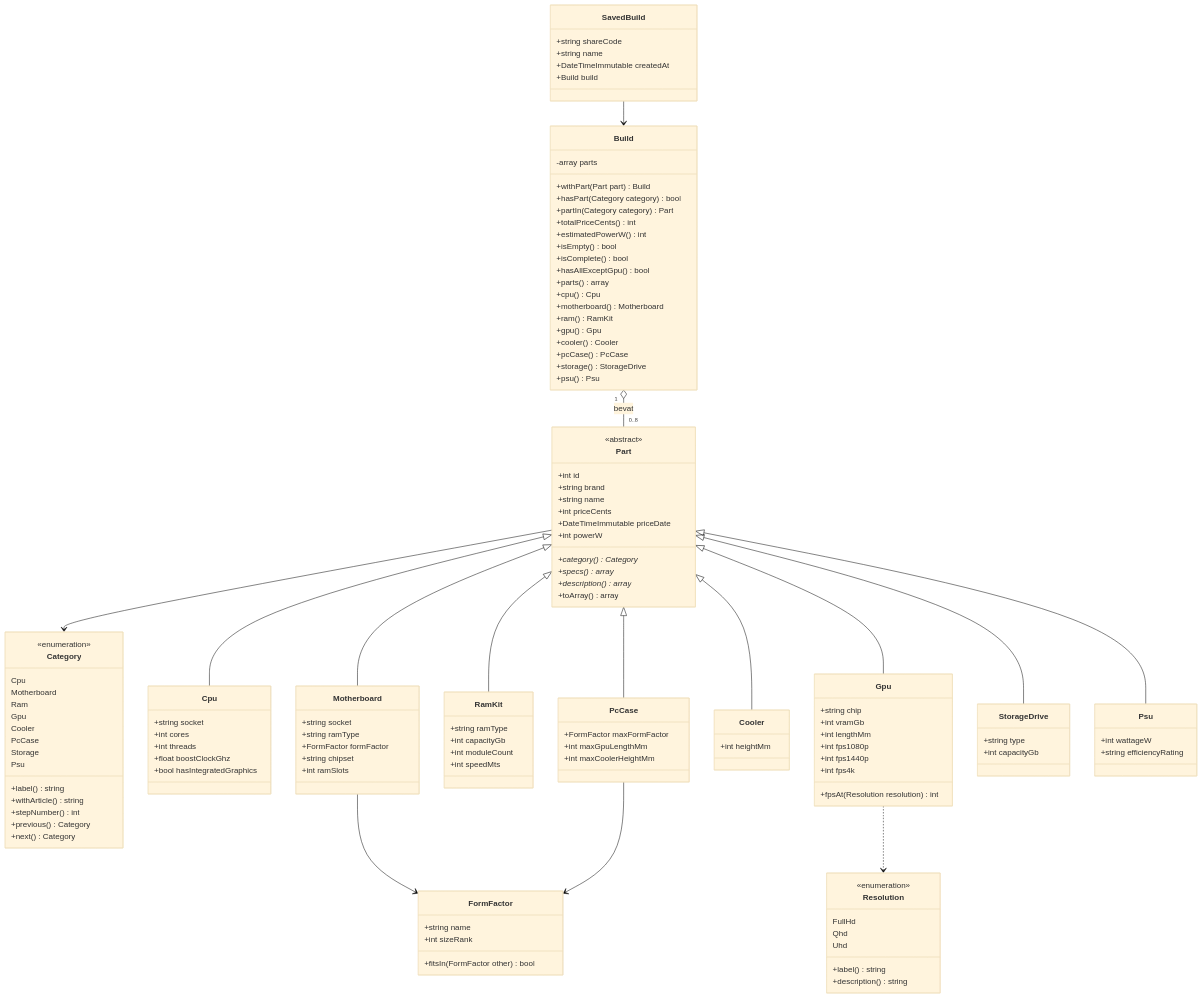
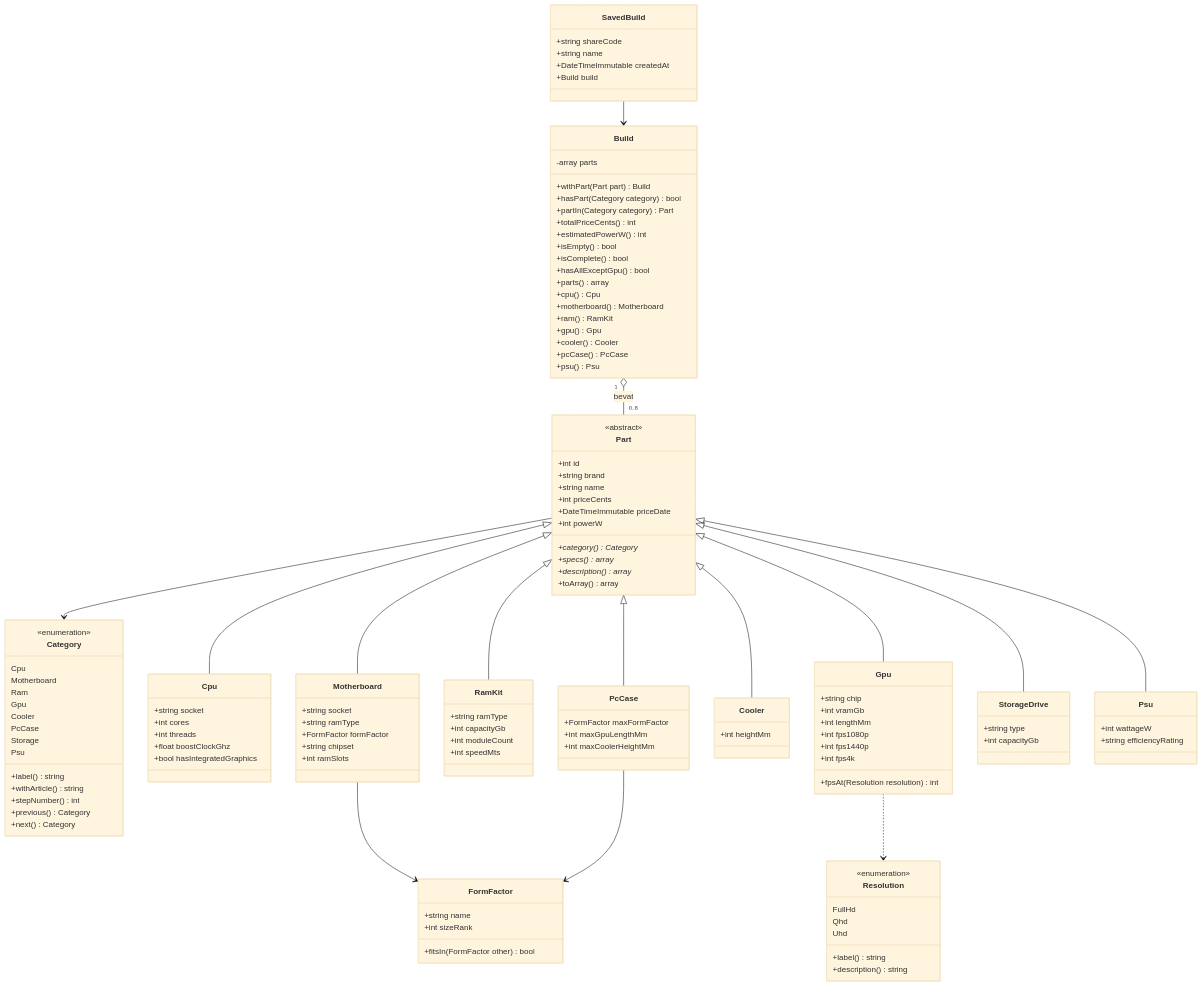
The fourth of 9 diagrams in docs/ontwerp.md (Niels023/pc-bouwplanner), drawn with Mermaid (base theme) before and after one commit. The commit also changed other lines of this file and 3 other files, not shown here.

```diff
--- a/docs/ontwerp.md
+++ b/docs/ontwerp.md
@@ -315,7 +315,6 @@
         +gpu() Gpu
         +cooler() Cooler
         +pcCase() PcCase
-        +storage() StorageDrive
         +psu() Psu
     }
     class SavedBuild {
```
